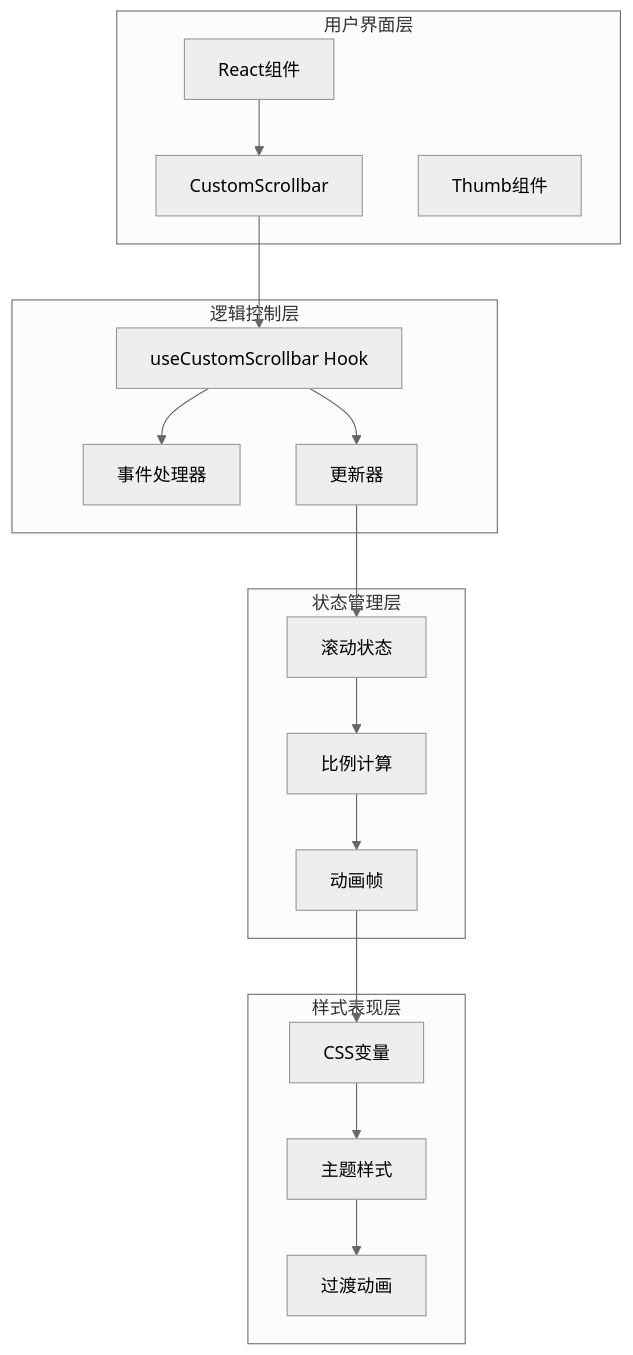
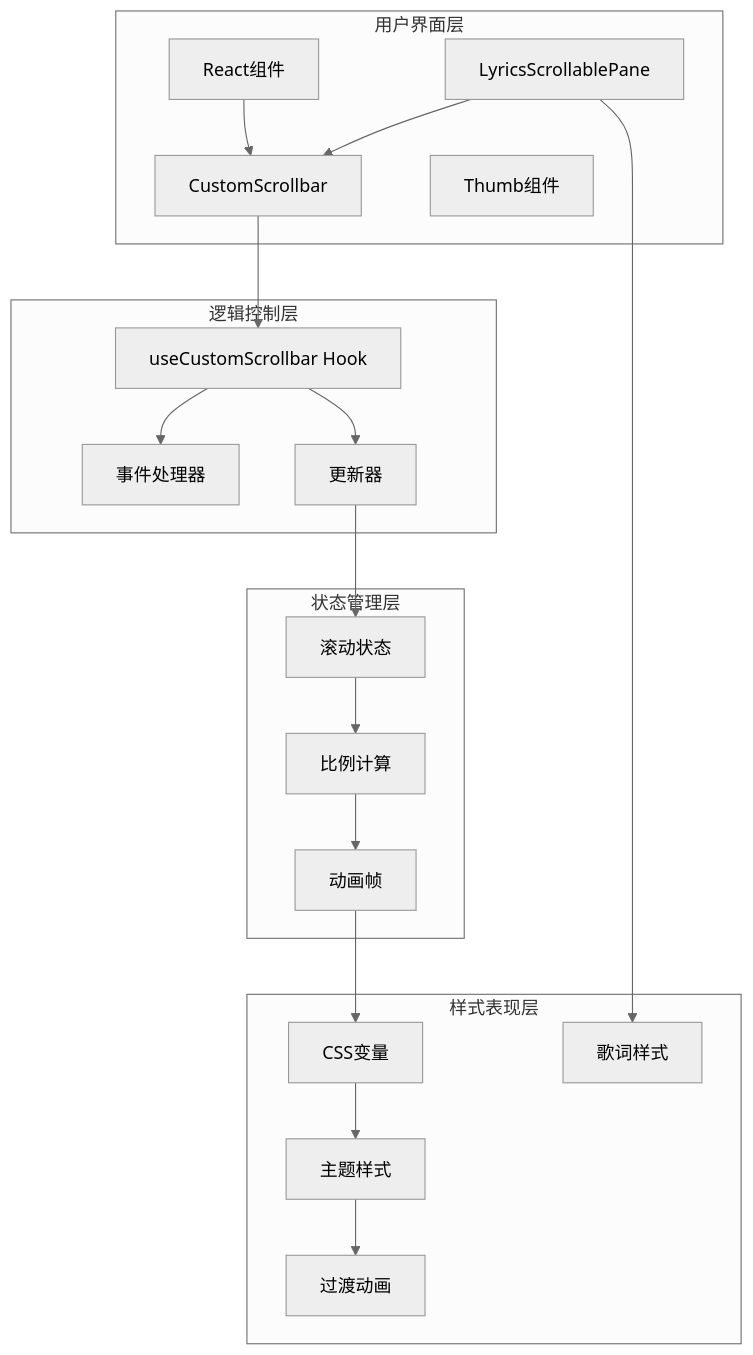
Before and after one commit to SeakyLuo/SMPlayerElectron: the fourth of 19 diagrams in .qoder/repowiki/zh/content/用户界面/React组件体系/UI基础组件/CustomScrollbar自定义滚动条.md, drawn with Mermaid (neutral theme). The commit also changed other lines of this file and 32 other files, not shown here.

````diff
--- a/.qoder/repowiki/zh/content/用户界面/React组件体系/UI基础组件/CustomScrollbar自定义滚动条.md
+++ b/.qoder/repowiki/zh/content/用户界面/React组件体系/UI基础组件/CustomScrollbar自定义滚动条.md
@@ -135,33 +156,37 @@
 ```mermaid
 graph TD
 subgraph "用户界面层"
 UI[React组件]
 CS[CustomScrollbar]
 TH[Thumb组件]
+LSP[LyricsScrollablePane]
 end
 subgraph "逻辑控制层"
 UC[useCustomScrollbar Hook]
 EV[事件处理器]
 UP[更新器]
 end
 subgraph "状态管理层"
 ST[滚动状态]
 PR[比例计算]
 AN[动画帧]
 end
 subgraph "样式表现层"
 CSS[CSS变量]
 THM[主题样式]
 ANI[过渡动画]
+LCS[歌词样式]
 end
 UI --> CS
 CS --> UC
 UC --> EV
 UC --> UP
 UP --> ST
 ST --> PR
 PR --> AN
 AN --> CSS
 CSS --> THM
 THM --> ANI
+LSP --> CS
+LSP --> LCS
 ```
````
